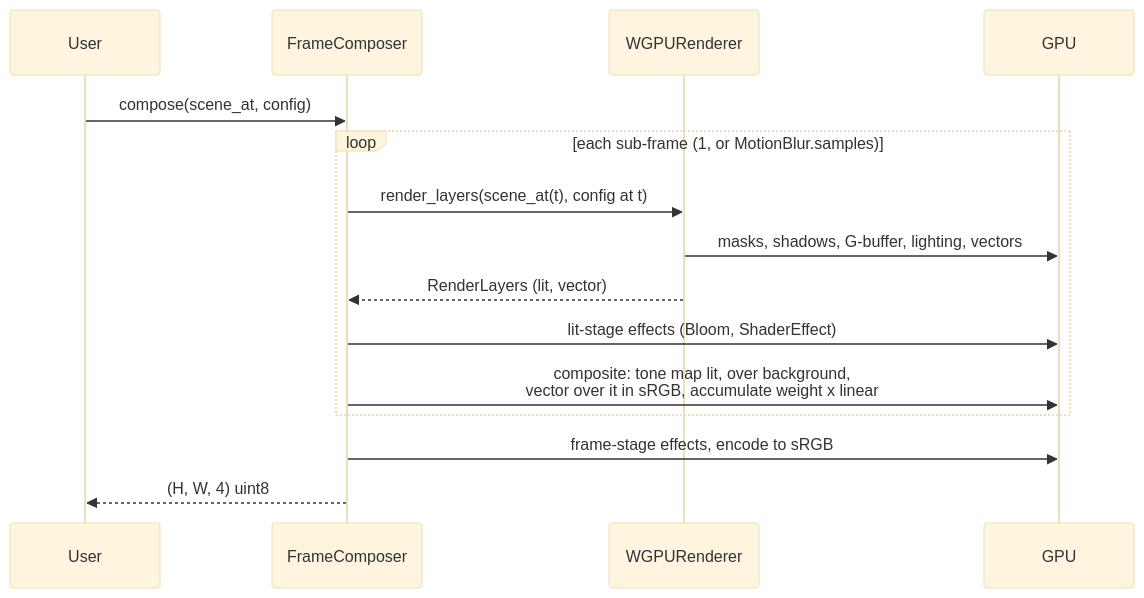
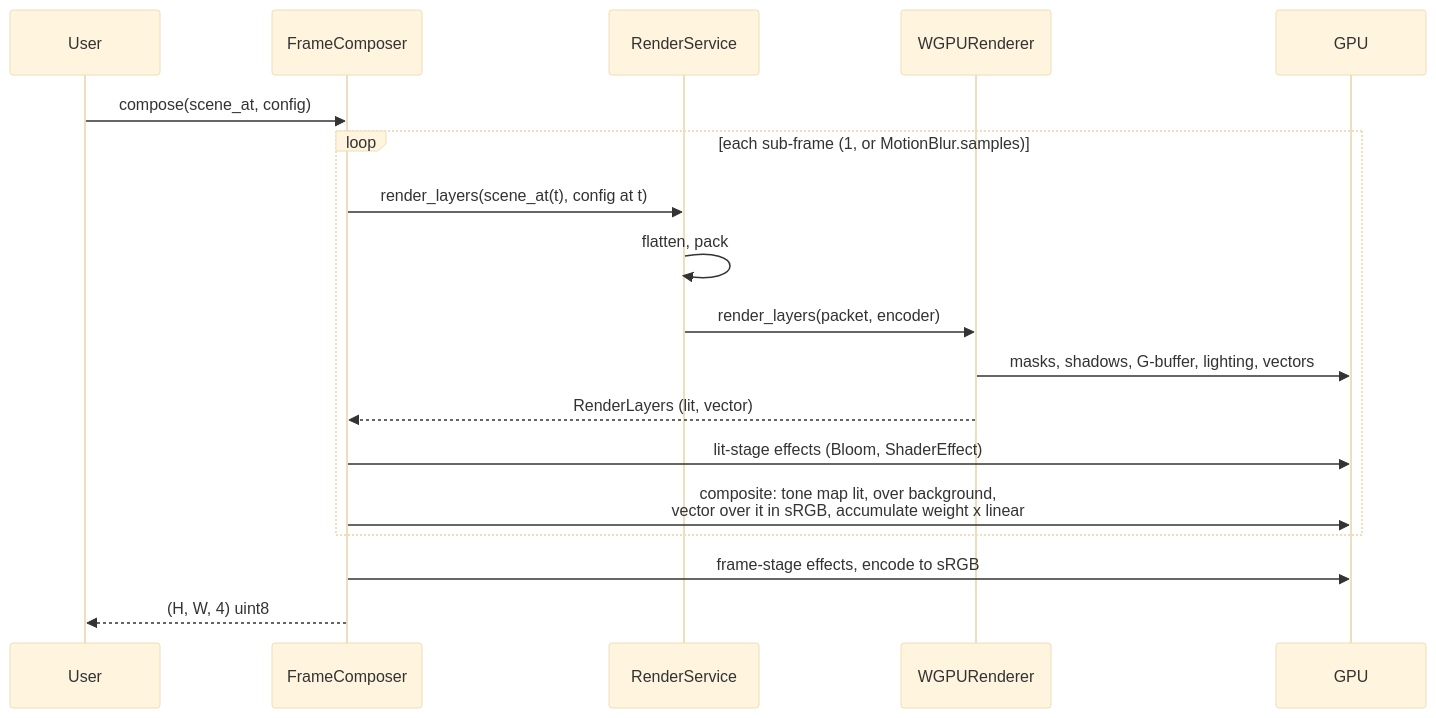
The fifth of 7 diagrams in manimx/manimx/renderer/README.md (MrDiver/manim), drawn with Mermaid (base theme) before and after one commit. The commit also changed other lines of this file and 31 other files, not shown here.

````diff
--- a/manimx/manimx/renderer/README.md
+++ b/manimx/manimx/renderer/README.md
@@ -262,18 +297,21 @@
 ```mermaid
 sequenceDiagram
     participant User
     participant Composer as FrameComposer
+    participant Service as RenderService
     participant Renderer as WGPURenderer
     participant GPU
 
     User->>Composer: compose(scene_at, config)
     loop each sub-frame (1, or MotionBlur.samples)
-        Composer->>Renderer: render_layers(scene_at(t), config at t)
+        Composer->>Service: render_layers(scene_at(t), config at t)
+        Service->>Service: flatten, pack
+        Service->>Renderer: render_layers(packet, encoder)
         Renderer->>GPU: masks, shadows, G-buffer, lighting, vectors
         Renderer-->>Composer: RenderLayers (lit, vector)
         Composer->>GPU: lit-stage effects (Bloom, ShaderEffect)
         Composer->>GPU: composite: tone map lit, over background,<br/>vector over it in sRGB, accumulate weight x linear
     end
     Composer->>GPU: frame-stage effects, encode to sRGB
     Composer-->>User: (H, W, 4) uint8
 ```
````
